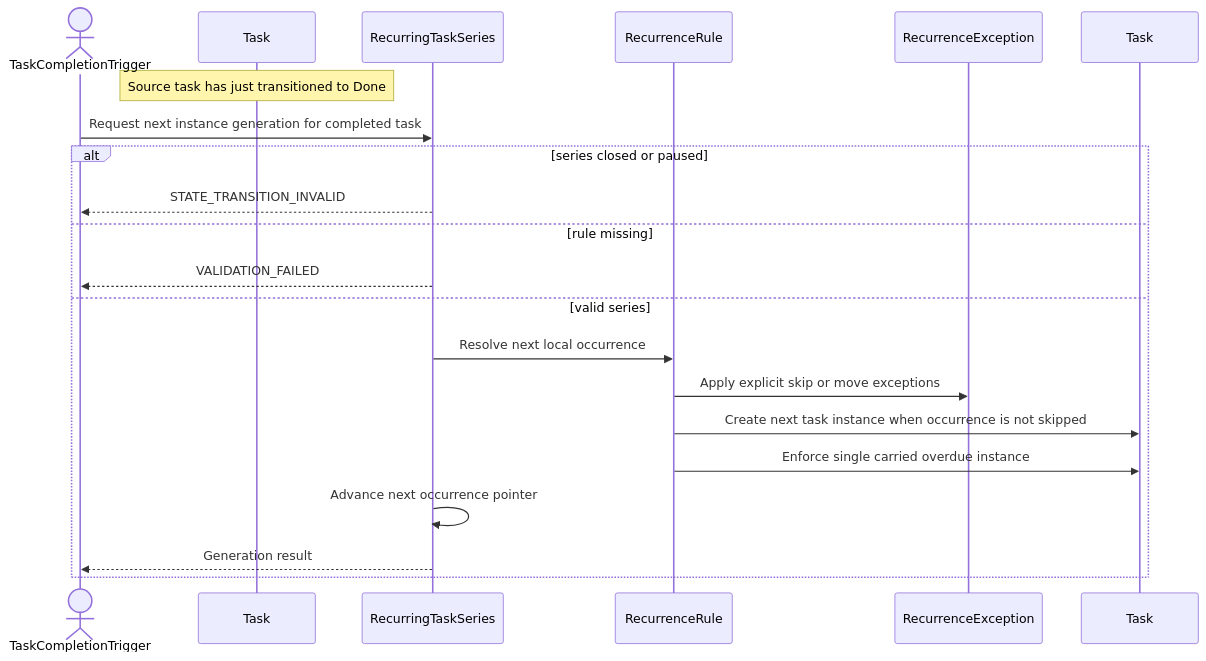
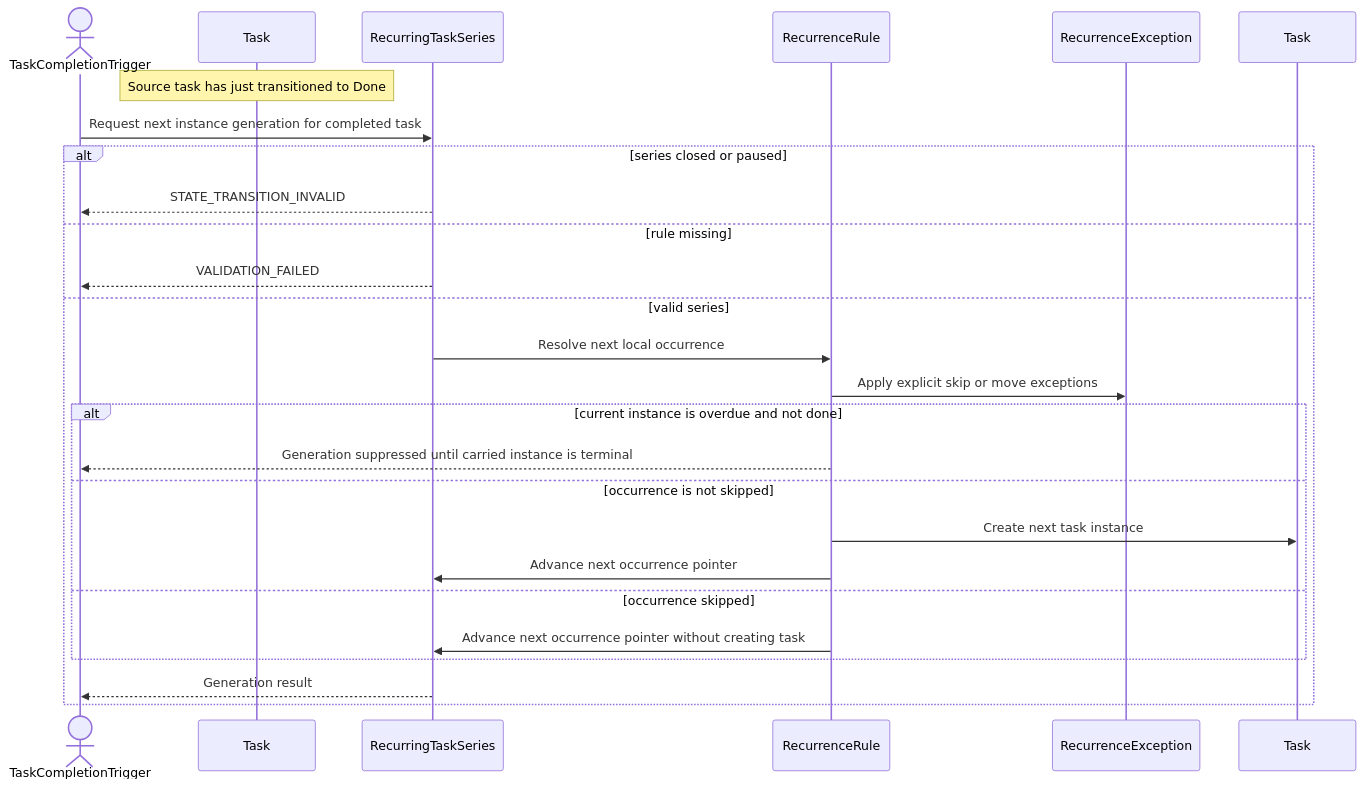
Before and after one commit to ChidiRnweke/margin: diagram 15 of 16 in architecture/sequence-diagrams/03-tasks-recurrence.md, drawn with Mermaid. The commit also changed other lines of this file and 6 other files, not shown here.

Commit message:
feat: enhance domain model and planning sequences with deterministic scheduling and new recurrence rules

````diff
--- a/architecture/sequence-diagrams/03-tasks-recurrence.md
+++ b/architecture/sequence-diagrams/03-tasks-recurrence.md
@@ -360,23 +365,28 @@
 ```mermaid
 sequenceDiagram
     actor X as TaskCompletionTrigger
     participant T as Task
     participant S as RecurringTaskSeries
     participant C as RecurrenceRule
     participant E as RecurrenceException
     participant N as Task
     Note over T: Source task has just transitioned to Done
     X->>S: Request next instance generation for completed task
     alt series closed or paused
         S-->>X: STATE_TRANSITION_INVALID
     else rule missing
         S-->>X: VALIDATION_FAILED
     else valid series
         S->>C: Resolve next local occurrence
         C->>E: Apply explicit skip or move exceptions
-        C->>N: Create next task instance when occurrence is not skipped
-        C->>N: Enforce single carried overdue instance
-        S->>S: Advance next occurrence pointer
+        alt current instance is overdue and not done
+            C-->>X: Generation suppressed until carried instance is terminal
+        else occurrence is not skipped
+            C->>N: Create next task instance
+            C->>S: Advance next occurrence pointer
+        else occurrence skipped
+            C->>S: Advance next occurrence pointer without creating task
+        end
         S-->>X: Generation result
     end
 ```
````
